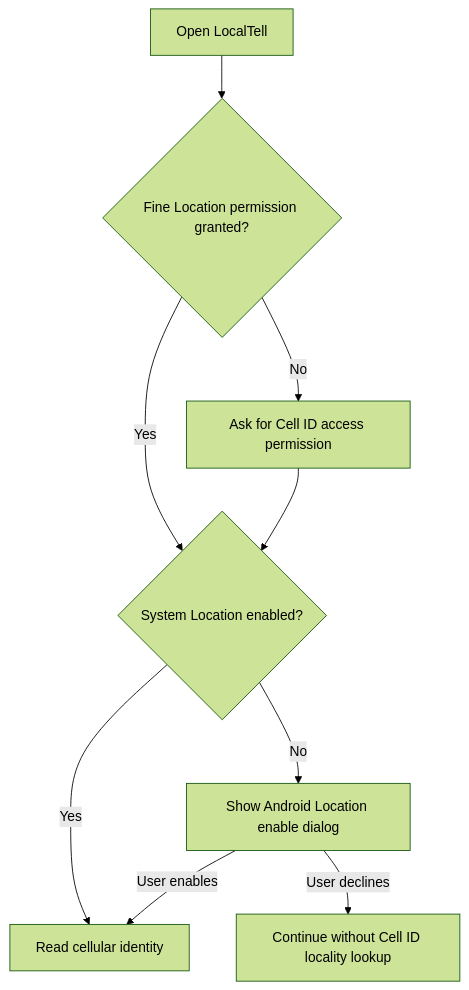
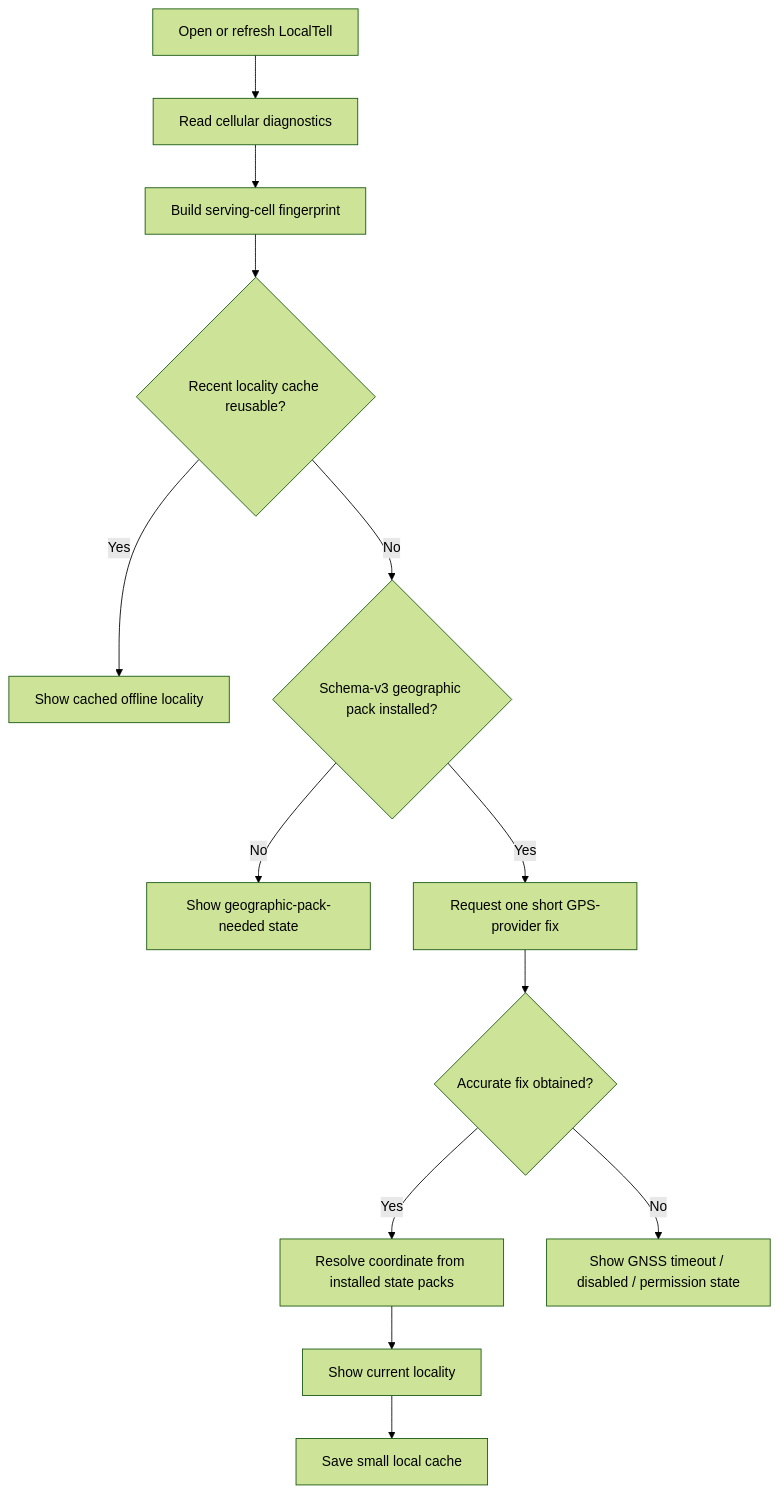
One commit to actionanand/local-tell changed the first of 6 diagrams in docs/localtell-modern-android-locality-architecture.md. Above: the diagram before and after it, drawn with Mermaid (forest theme). The commit also changed other lines of this file, not shown here.

Commit message:
docs: update LocalTell architecture for GNSS-first schema v3

````diff
--- a/docs/localtell-modern-android-locality-architecture.md
+++ b/docs/localtell-modern-android-locality-architecture.md
@@ -75,11 +48,15 @@
 ```mermaid
 flowchart TD
-    A[Open LocalTell] --> B{Fine Location permission granted?}
-    B -->|No| C[Ask for Cell ID access permission]
-    B -->|Yes| D{System Location enabled?}
-    C --> D
-    D -->|No| E[Show Android Location enable dialog]
-    D -->|Yes| F[Read cellular identity]
-    E -->|User enables| F
-    E -->|User declines| G[Continue without Cell ID locality lookup]
+    A[Open or refresh LocalTell] --> B[Read cellular diagnostics]
+    B --> C[Build serving-cell fingerprint]
+    C --> D{Recent locality cache reusable?}
+    D -->|Yes| E[Show cached offline locality]
+    D -->|No| F{Schema-v3 geographic pack installed?}
+    F -->|No| G[Show geographic-pack-needed state]
+    F -->|Yes| H[Request one short GPS-provider fix]
+    H --> I{Accurate fix obtained?}
+    I -->|Yes| J[Resolve coordinate from installed state packs]
+    I -->|No| K[Show GNSS timeout / disabled / permission state]
+    J --> L[Show current locality]
+    L --> M[Save small local cache]
 ```
````
